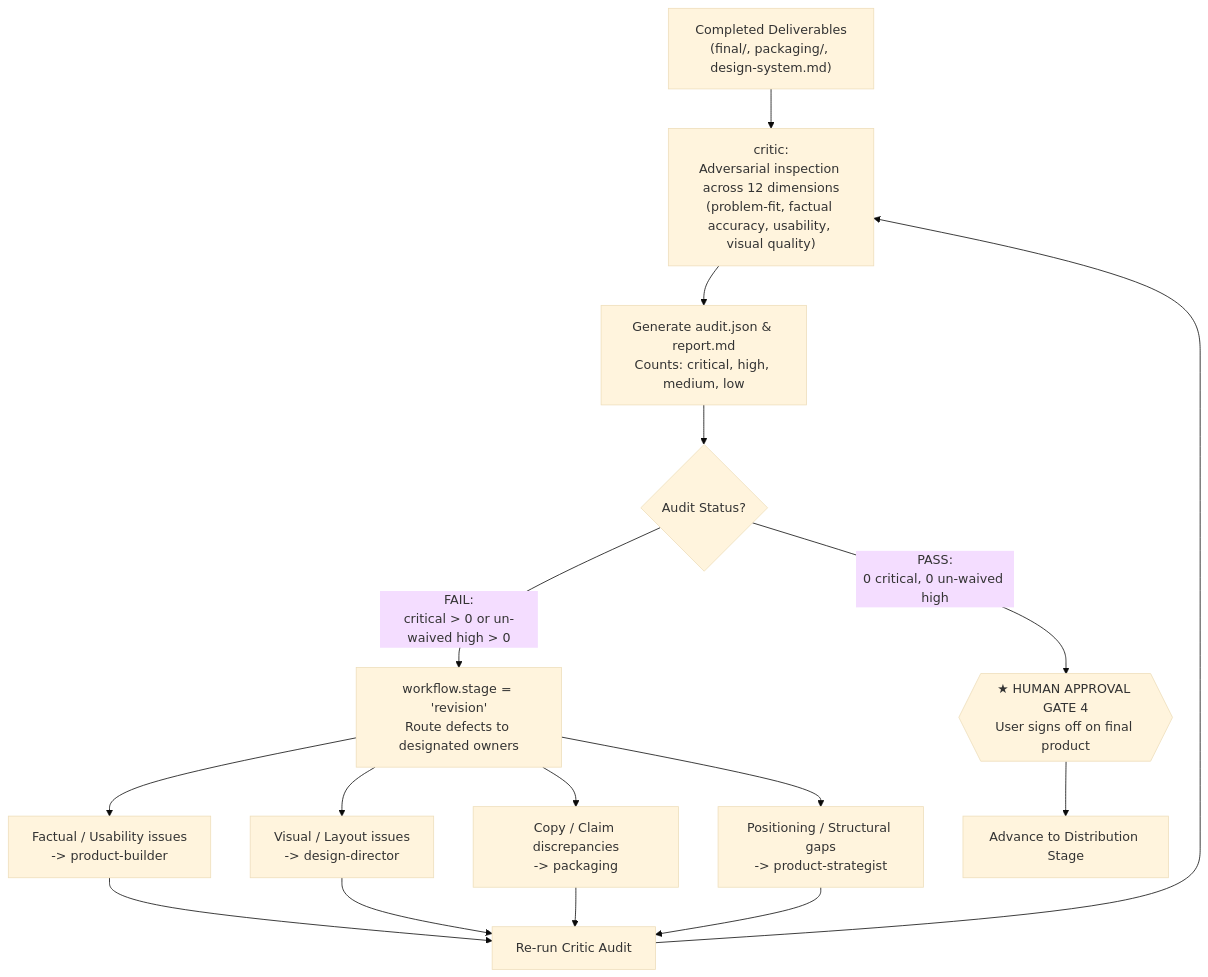
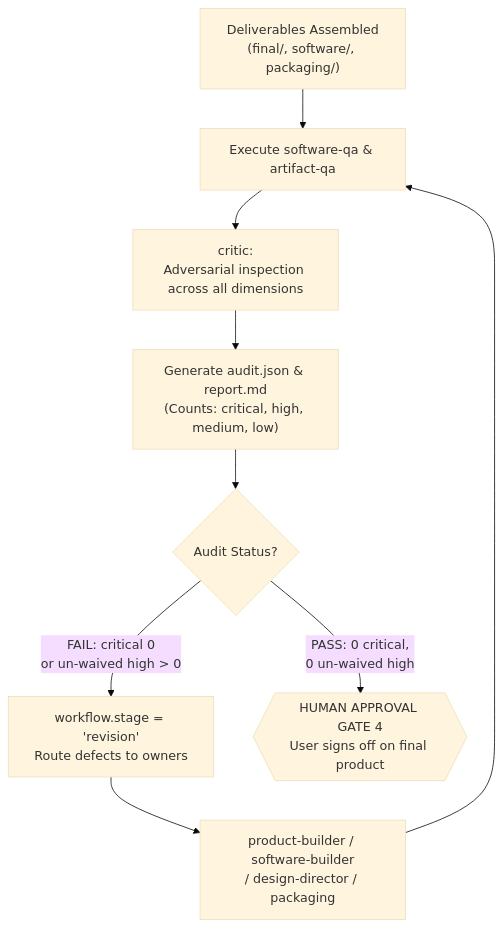
Before and after one commit to codinghubindia/ai-product-factory-template: the second of 3 diagrams in README.md, drawn with Mermaid (base theme). The commit also changed other lines of this file and 27 other files, not shown here.

````diff
--- a/README.md
+++ b/README.md
@@ -222,23 +178,11 @@
 ```mermaid
 flowchart TD
-    Deliverables["Completed Deliverables\n(final/, packaging/, design-system.md)"] --> CriticAudit["critic:\nAdversarial inspection across 12 dimensions\n(problem-fit, factual accuracy, usability, visual quality)"]
-    
-    CriticAudit --> GenReport["Generate audit.json & report.md\nCounts: critical, high, medium, low"]
-    GenReport --> Evaluate{"Audit Status?"}
-    
-    Evaluate -->|FAIL:\ncritical > 0 or un-waived high > 0| RevisionStage["workflow.stage = 'revision'\nRoute defects to designated owners"]
-    
-    RevisionStage --> FactualFix["Factual / Usability issues\n-> product-builder"]
-    RevisionStage --> VisualFix["Visual / Layout issues\n-> design-director"]
-    RevisionStage --> CopyFix["Copy / Claim discrepancies\n-> packaging"]
-    RevisionStage --> ScopeFix["Positioning / Structural gaps\n-> product-strategist"]
-    
-    FactualFix --> ReAudit["Re-run Critic Audit"]
-    VisualFix --> ReAudit
-    CopyFix --> ReAudit
-    ScopeFix --> ReAudit
-    ReAudit --> CriticAudit
-    
-    Evaluate -->|PASS:\n0 critical, 0 un-waived high| Gate4{{"★ HUMAN APPROVAL GATE 4\nUser signs off on final product"}}
-    Gate4 --> DistWorkflow["Advance to Distribution Stage"]
+    Deliverables["Deliverables Assembled\n(final/, software/, packaging/)"] --> QAExec["Execute software-qa & artifact-qa"]
+    QAExec --> CriticAudit["critic:\nAdversarial inspection across all dimensions"]
+    CriticAudit --> GenReport["Generate audit.json & report.md\n(Counts: critical, high, medium, low)"]
+    GenReport --> CheckStatus{"Audit Status?"}
+    CheckStatus -->|FAIL: critical 0 \nor un-waived high > 0| Revision["workflow.stage = 'revision'\nRoute defects to owners"]
+    Revision --> FixDefects["product-builder / software-builder\n/ design-director / packaging"]
+    FixDefects --> QAExec
+    CheckStatus -->|PASS: 0 critical,\n0 un-waived high| Gate4{{"HUMAN APPROVAL GATE 4\nUser signs off on final product"}}
 ```
````
